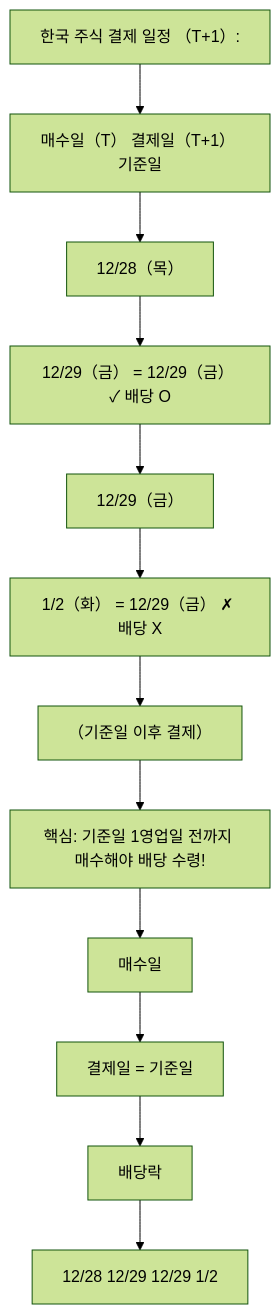
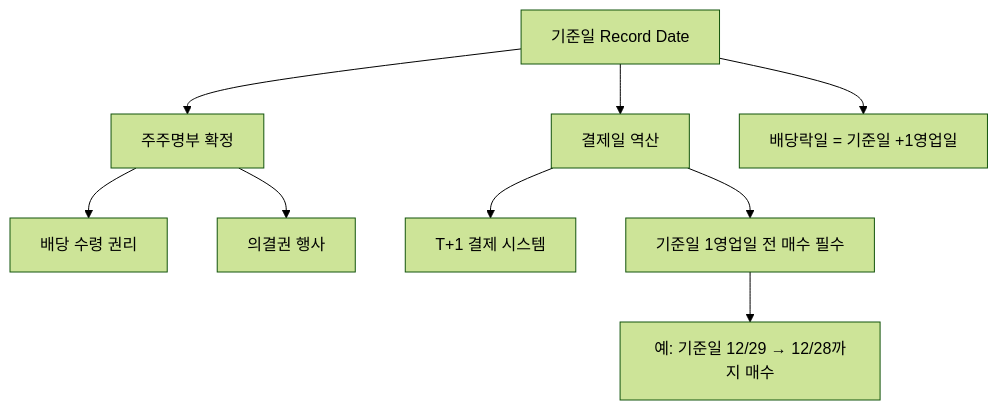
One commit to yeongseon/stock-visual-note changed the diagram in content/stock-terms/ko/level-06-events/record-date.md. Above: the diagram before and after it, drawn with Mermaid (forest theme). The commit also changed other lines of this file and 96 other files, not shown here.

Commit message:
Rewrite all 98 remaining articles: branching Mermaid diagrams, natural search_intent, compelling seo_titles, clean descriptions

````diff
--- a/content/stock-terms/ko/level-06-events/record-date.md
+++ b/content/stock-terms/ko/level-06-events/record-date.md
@@ -39,26 +39,12 @@
 ```mermaid
 graph TD
-    A0["한국 주식 결제 일정 （T+1）:"]
-    A1["매수일（T） 결제일（T+1） 기준일"]
-    A2["12/28（목）"]
-    A3["12/29（금） = 12/29（금） ✓ 배당 O"]
-    A4["12/29（금）"]
-    A5["1/2（화） = 12/29（금） ✗ 배당 X"]
-    A6["（기준일 이후 결제）"]
-    A7["핵심: 기준일 1영업일 전까지 매수해야 배당 수령!"]
-    A8["매수일"]
-    A9["결제일 = 기준일"]
-    A10["배당락"]
-    A11["12/28 12/29 12/29 1/2"]
-    A0 --> A1
-    A1 --> A2
-    A2 --> A3
-    A3 --> A4
-    A4 --> A5
-    A5 --> A6
-    A6 --> A7
-    A7 --> A8
-    A8 --> A9
-    A9 --> A10
-    A10 --> A11
+    A["기준일 Record Date"]
+    A --> B["주주명부 확정"]
+    A --> C["결제일 역산"]
+    B --> B1["배당 수령 권리"]
+    B --> B2["의결권 행사"]
+    C --> C1["T+1 결제 시스템"]
+    C --> C2["기준일 1영업일 전 매수 필수"]
+    C2 --> D["예: 기준일 12/29 → 12/28까지 매수"]
+    A --> E["배당락일 = 기준일 +1영업일"]
 ```
````
